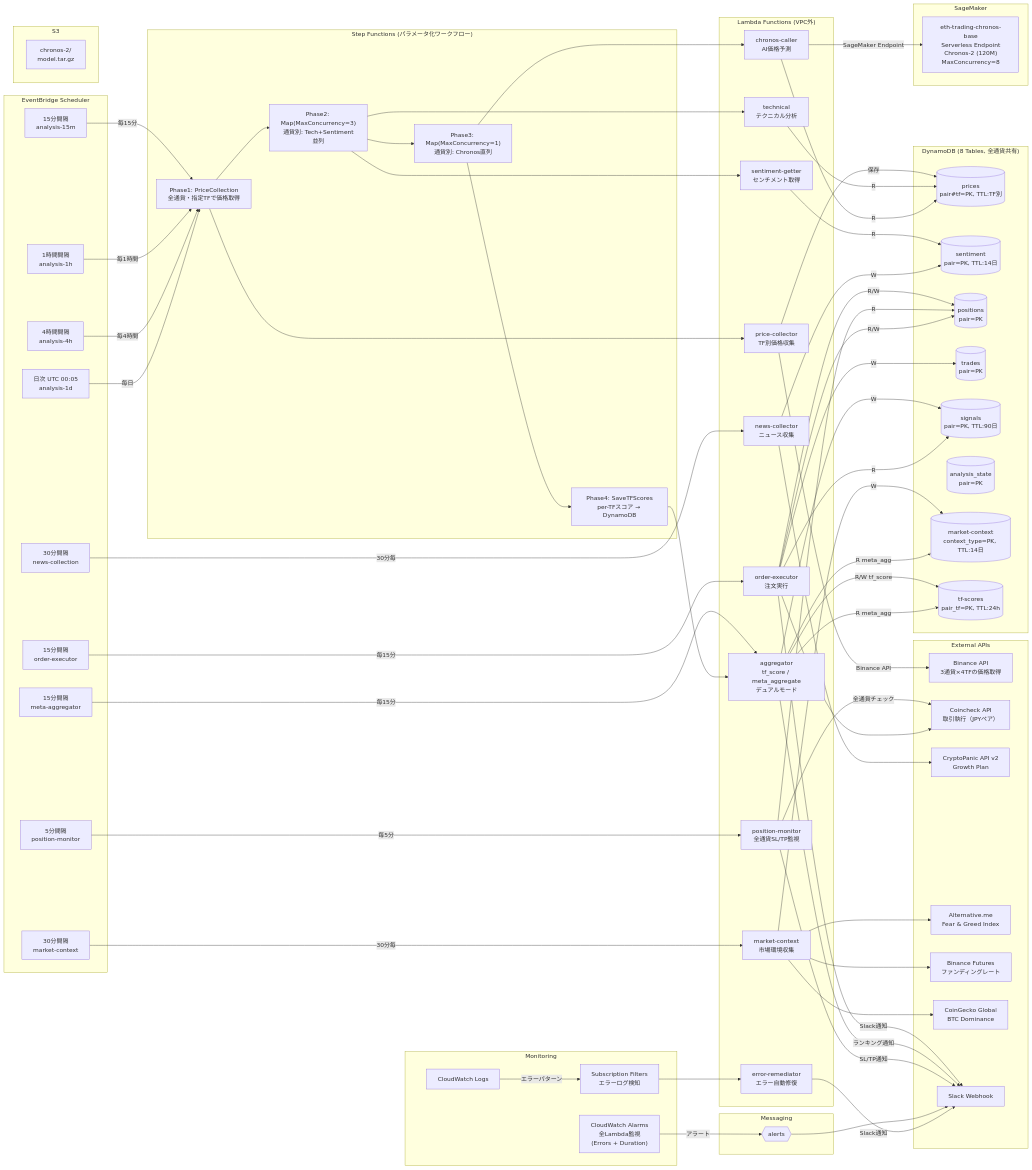
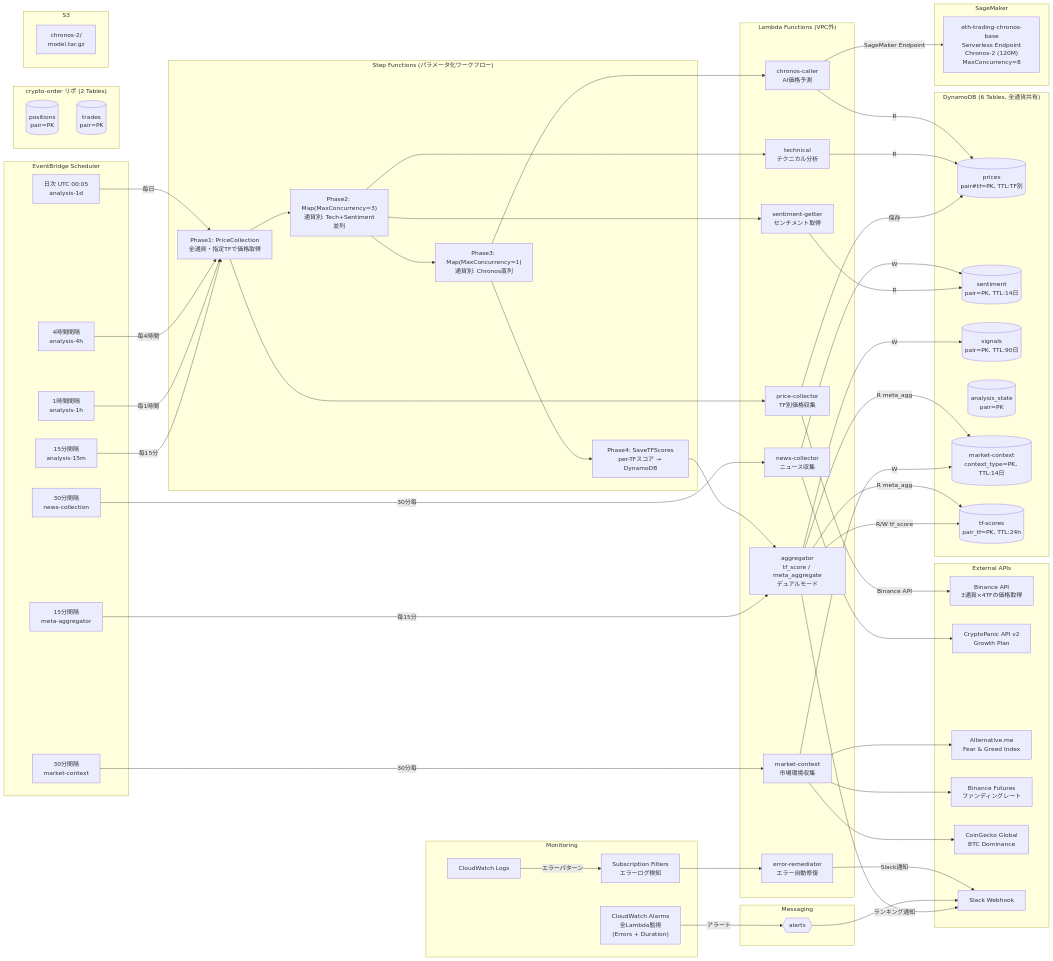
The diagram in docs/architecture.md (kiikun0530/crypto-trader), drawn with Mermaid before and after one commit. The commit also changed other lines of this file and 13 other files, not shown here.

```diff
--- a/docs/architecture.md
+++ b/docs/architecture.md
@@ -16,7 +16,6 @@
 flowchart LR
     subgraph External["External APIs"]
         API_BINANCE["Binance API<br/>3通貨×4TFの価格取得"]
-        API_COINCHECK["Coincheck API<br/>取引執行（JPYペア）"]
         API_CRYPTOPANIC["CryptoPanic API v2<br/>Growth Plan"]
         API_FNG["Alternative.me<br/>Fear & Greed Index"]
         API_FUNDING["Binance Futures<br/>ファンディングレート"]
@@ -30,8 +29,6 @@
         EB_4H["4時間間隔<br/>analysis-4h"]
         EB_1D["日次 UTC 00:05<br/>analysis-1d"]
         EB_META["15分間隔<br/>meta-aggregator"]
-        EB_ORDER["15分間隔<br/>order-executor"]
-        EB_POSITION["5分間隔<br/>position-monitor"]
         EB_NEWS["30分間隔<br/>news-collection"]
         EB_MKTCTX["30分間隔<br/>market-context"]
     end
@@ -42,8 +39,6 @@
         L_CHRONOS["chronos-caller<br/>AI価格予測"]
         L_SENTIMENT["sentiment-getter<br/>センチメント取得"]
         L_AGG["aggregator<br/>tf_score / meta_aggregate<br/>デュアルモード"]
-        L_ORDER["order-executor<br/>注文実行"]
-        L_POSITION["position-monitor<br/>全通貨SL/TP監視"]
         L_NEWS["news-collector<br/>ニュース収集"]
         L_MKTCTX["market-context<br/>市場環境収集"]
         L_REMEDIATE["error-remediator<br/>エラー自動修復"]
@@ -60,15 +55,18 @@
         SNS_ALERTS{{"alerts"}}
     end
 
-    subgraph DynamoDB["DynamoDB (8 Tables, 全通貨共有)"]
-        DB_PRICES[("prices<br/>pair#tf=PK, TTL:TF別")]
-        DB_SENTIMENT[("sentiment<br/>pair=PK, TTL:14日")]
-        DB_POSITIONS[("positions<br/>pair=PK")]
-        DB_TRADES[("trades<br/>pair=PK")]
-        DB_SIGNALS[("signals<br/>pair=PK, TTL:90日")]
-        DB_STATE[("analysis_state<br/>pair=PK")]
-        DB_MKTCTX[("market-context<br/>context_type=PK, TTL:14日")]
-        DB_TFSCORES[("tf-scores<br/>pair_tf=PK, TTL:24h")]
+    subgraph DynamoDB["DynamoDB (6 Tables, 全通貨共有)"]
+        DB_PRICES[("​prices<br/>pair#tf=PK, TTL:TF別")]
+        DB_SENTIMENT[("​sentiment<br/>pair=PK, TTL:14日")]
+        DB_SIGNALS[("​signals<br/>pair=PK, TTL:90日")]
+        DB_STATE[("​analysis_state<br/>pair=PK")]
+        DB_MKTCTX[("​market-context<br/>context_type=PK, TTL:14日")]
+        DB_TFSCORES[("​tf-scores<br/>pair_tf=PK, TTL:24h")]
+    end
+
+    subgraph CryptoOrder["crypto-order リポ (2 Tables)"]
+        DB_POSITIONS[("​positions<br/>pair=PK")]
+        DB_TRADES[("​trades<br/>pair=PK")]
     end
 
     subgraph SageMaker["SageMaker"]
@@ -91,8 +89,6 @@
     EB_4H -->|"毎4時間"| SF_PRICE
     EB_1D -->|"毎日"| SF_PRICE
     EB_META -->|"毎15分"| L_AGG
-    EB_ORDER -->|"毎15分"| L_ORDER
-    EB_POSITION -->|"毎5分"| L_POSITION
     EB_NEWS -->|"30分毎"| L_NEWS
     EB_MKTCTX -->|"30分毎"| L_MKTCTX
 
@@ -119,24 +115,13 @@
     L_AGG -->|"R meta_agg"| DB_MKTCTX
     L_AGG -->|"R meta_agg"| DB_TFSCORES
     L_AGG -->|"W"| DB_SIGNALS
-    L_ORDER -->|"R/W"| DB_POSITIONS
-    L_ORDER -->|"W"| DB_TRADES
-    L_POSITION -->|"R"| DB_POSITIONS
 
-    %% 注文
-    L_ORDER -->|"R"| DB_SIGNALS
-    L_ORDER -->|"R/W"| DB_POSITIONS
-
-    %% ポジション監視
-    L_POSITION -->|"全通貨チェック"| API_COINCHECK
+    %% 注文実行・ポジション監視は crypto-order リポジトリに移行
 
     %% 通知（直接Slack Webhook）
-    L_ORDER -->|"Slack通知"| SLACK
     L_AGG -->|"ランキング通知"| SLACK
-    L_POSITION -->|"SL/TP通知"| SLACK
 
     %% 外部API
-    L_ORDER --> API_COINCHECK
     L_NEWS --> API_CRYPTOPANIC
     L_MKTCTX --> API_FNG
     L_MKTCTX --> API_FUNDING
```
